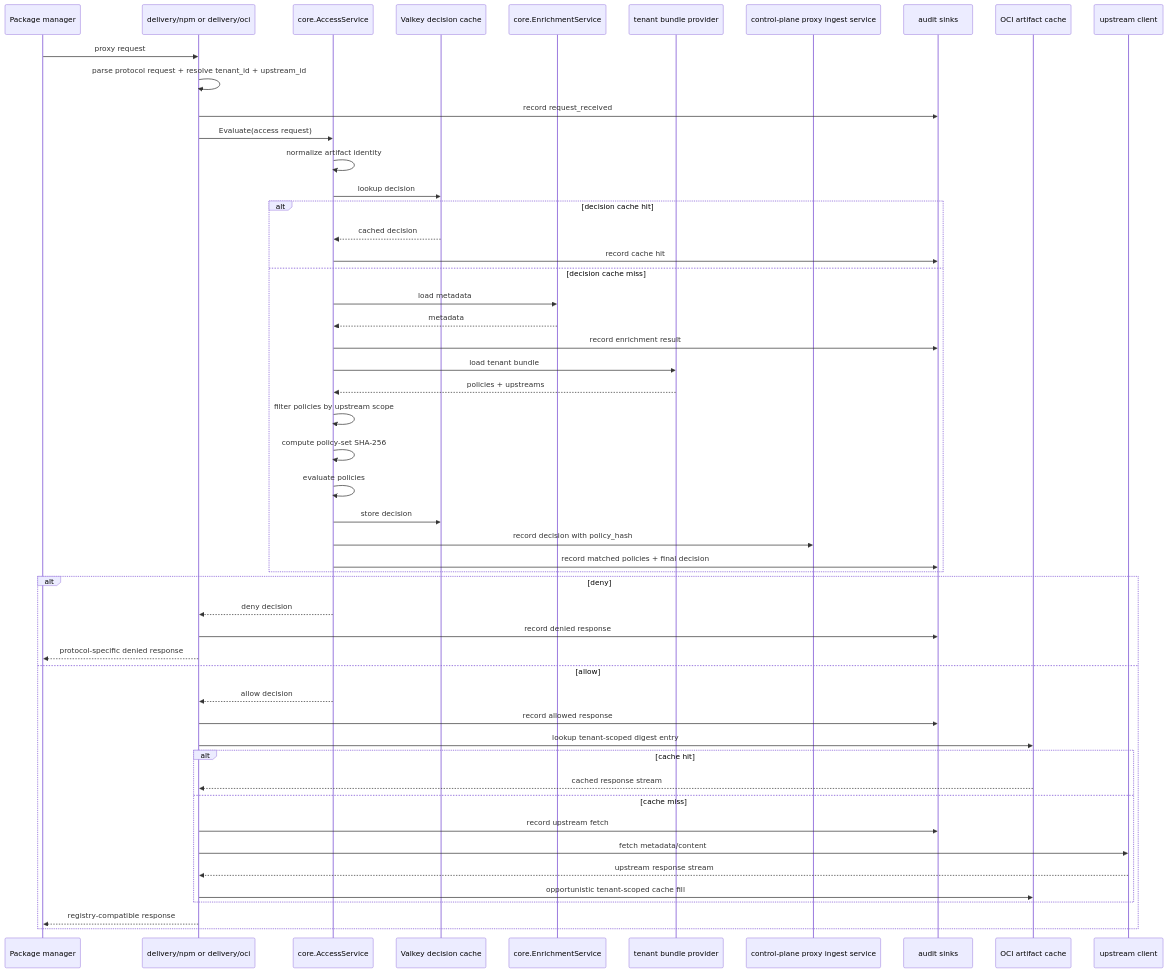
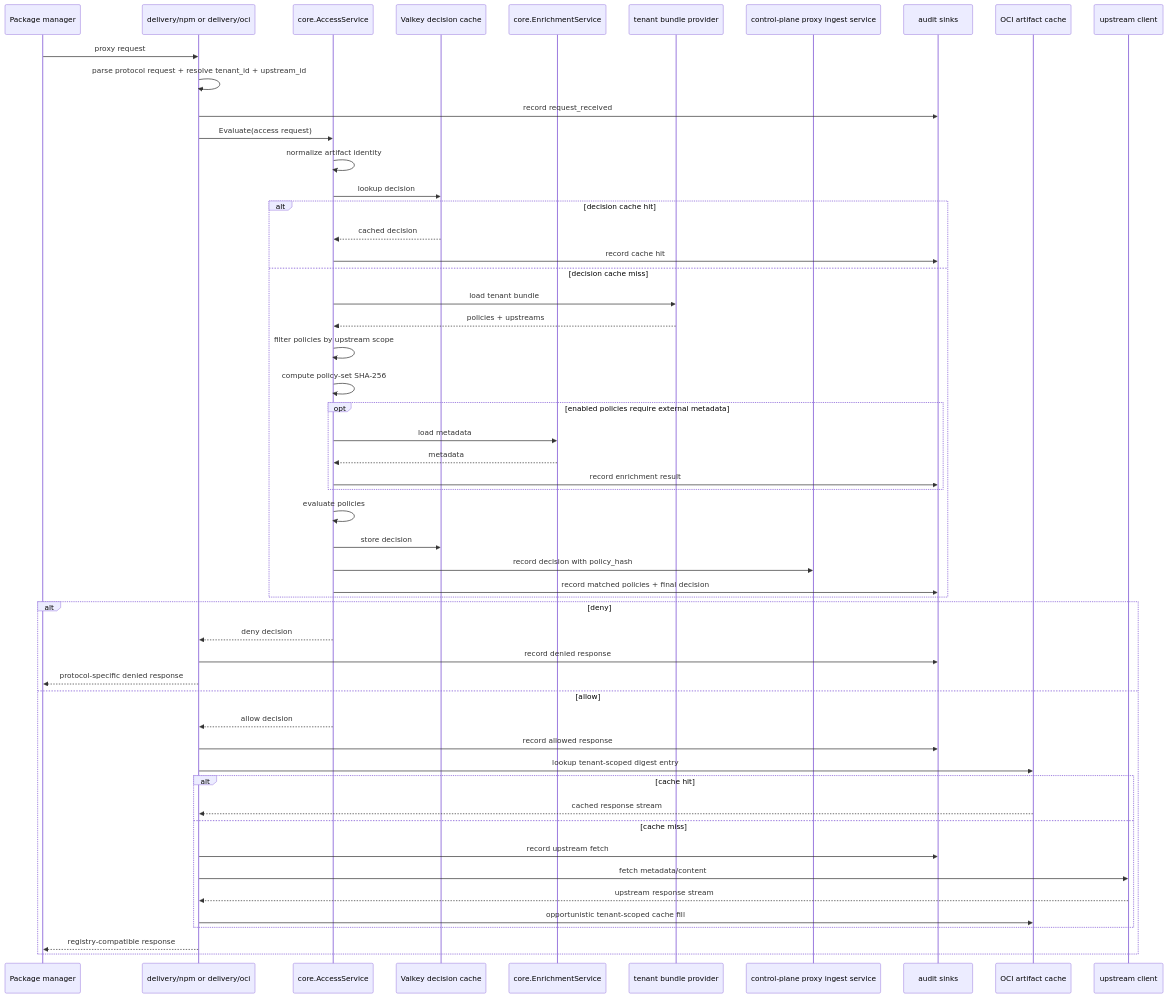
Before and after one commit to terrpan/dependency-firewall: the third of 4 diagrams in docs/architecture.md, drawn with Mermaid. The commit also changed other lines of this file and 51 other files, not shown here.

````diff
--- a/docs/architecture.md
+++ b/docs/architecture.md
@@ -216,56 +216,58 @@
 ```mermaid
 sequenceDiagram
     participant client as Package manager
     participant delivery as delivery/npm or delivery/oci
     participant access as core.AccessService
     participant dcache as Valkey decision cache
     participant enrich as core.EnrichmentService
     participant bundle as tenant bundle provider
     participant ingest as control-plane proxy ingest service
     participant audit as audit sinks
     participant ocicache as OCI artifact cache
     participant upstream as upstream client
 
     client->>delivery: proxy request
     delivery->>delivery: parse protocol request + resolve tenant_id + upstream_id
     delivery->>audit: record request_received
     delivery->>access: Evaluate(access request)
     access->>access: normalize artifact identity
     access->>dcache: lookup decision
 
     alt decision cache hit
         dcache-->>access: cached decision
         access->>audit: record cache hit
     else decision cache miss
-        access->>enrich: load metadata
-        enrich-->>access: metadata
-        access->>audit: record enrichment result
         access->>bundle: load tenant bundle
         bundle-->>access: policies + upstreams
         access->>access: filter policies by upstream scope
         access->>access: compute policy-set SHA-256
+        opt enabled policies require external metadata
+            access->>enrich: load metadata
+            enrich-->>access: metadata
+            access->>audit: record enrichment result
+        end
         access->>access: evaluate policies
         access->>dcache: store decision
         access->>ingest: record decision with policy_hash
         access->>audit: record matched policies + final decision
     end
 
     alt deny
         access-->>delivery: deny decision
         delivery->>audit: record denied response
         delivery-->>client: protocol-specific denied response
     else allow
         access-->>delivery: allow decision
         delivery->>audit: record allowed response
         delivery->>ocicache: lookup tenant-scoped digest entry
         alt cache hit
             ocicache-->>delivery: cached response stream
         else cache miss
             delivery->>audit: record upstream fetch
             delivery->>upstream: fetch metadata/content
             upstream-->>delivery: upstream response stream
             delivery->>ocicache: opportunistic tenant-scoped cache fill
         end
         delivery-->>client: registry-compatible response
     end
 ```
````
